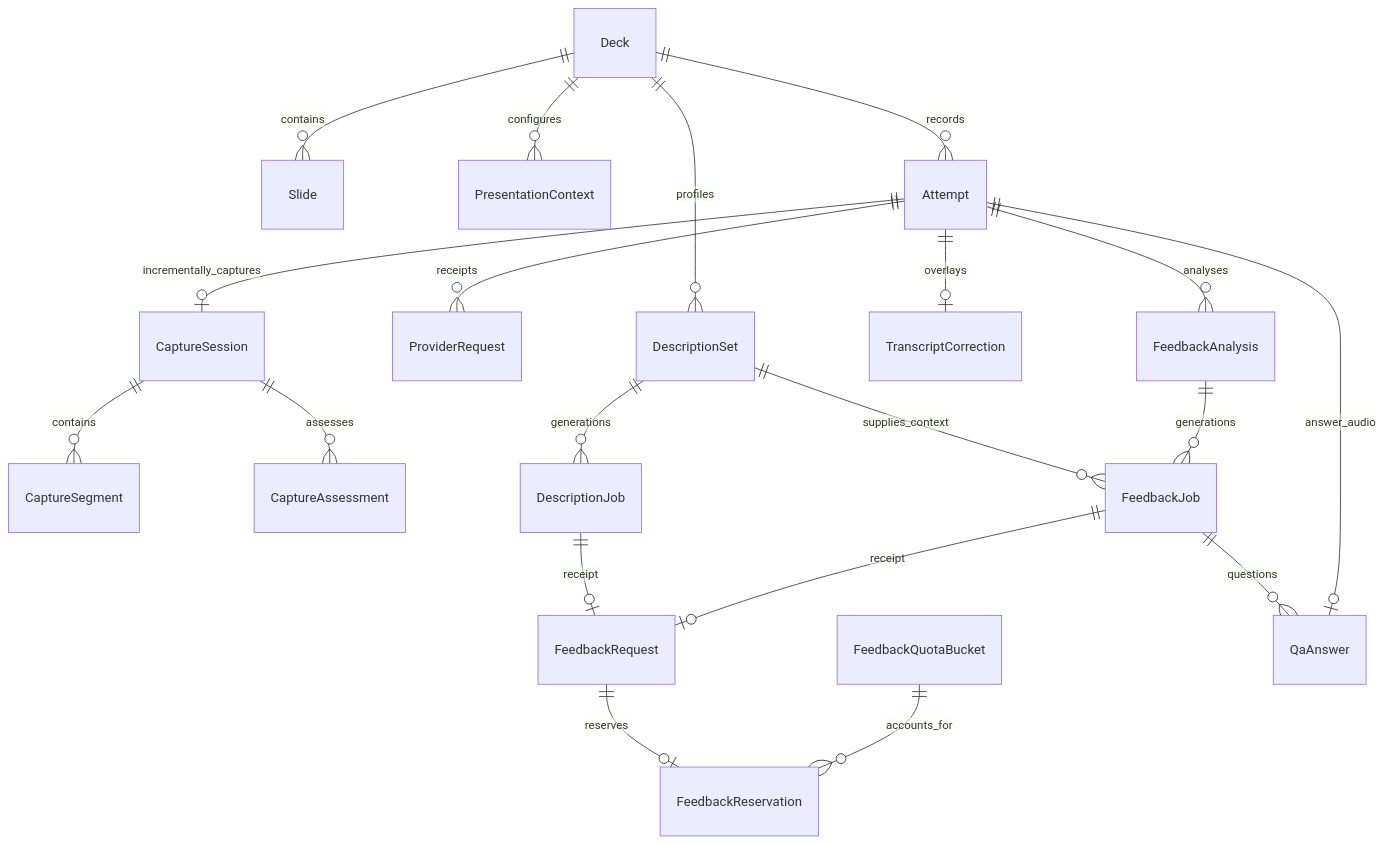
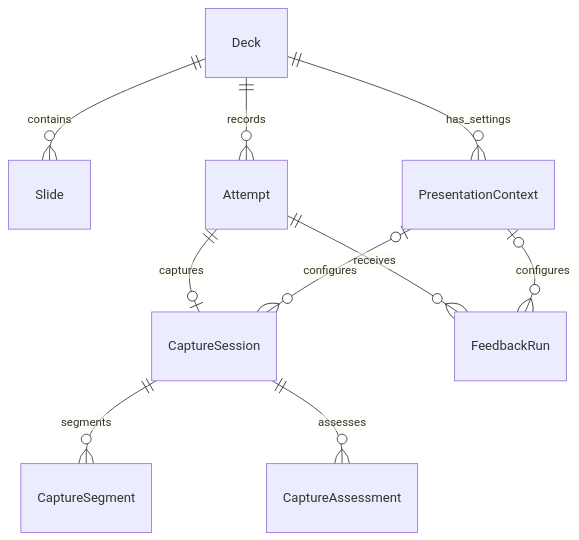
Before and after one commit to snuhcs-course/swpp-2026-project-team-07: the second of 4 diagrams in docs/design/design-documentation.md, drawn with Mermaid. The commit also changed other lines of this file and 1 other file, not shown here.

````diff
--- a/docs/design/design-documentation.md
+++ b/docs/design/design-documentation.md
@@ -81,22 +93,12 @@
 ```mermaid
 erDiagram
     Deck ||--o{ Slide : contains
-    Deck ||--o{ PresentationContext : configures
+    Deck ||--o{ PresentationContext : has_settings
     Deck ||--o{ Attempt : records
-    Deck ||--o{ DescriptionSet : profiles
-    Attempt ||--o{ ProviderRequest : receipts
-    Attempt ||--o| CaptureSession : incrementally_captures
-    CaptureSession ||--o{ CaptureSegment : contains
+    Attempt ||--o| CaptureSession : captures
+    PresentationContext o|--o{ CaptureSession : configures
+    CaptureSession ||--o{ CaptureSegment : segments
     CaptureSession ||--o{ CaptureAssessment : assesses
-    Attempt ||--o| TranscriptCorrection : overlays
-    Attempt ||--o{ FeedbackAnalysis : analyses
-    DescriptionSet ||--o{ DescriptionJob : generations
-    DescriptionSet ||--o{ FeedbackJob : supplies_context
-    FeedbackAnalysis ||--o{ FeedbackJob : generations
-    DescriptionJob ||--o| FeedbackRequest : receipt
-    FeedbackJob ||--o| FeedbackRequest : receipt
-    FeedbackRequest ||--o| FeedbackReservation : reserves
-    FeedbackQuotaBucket ||--o{ FeedbackReservation : accounts_for
-    FeedbackJob ||--o{ QaAnswer : questions
-    Attempt ||--o| QaAnswer : answer_audio
+    Attempt ||--o{ FeedbackRun : receives
+    PresentationContext o|--o{ FeedbackRun : configures
 ```
````
